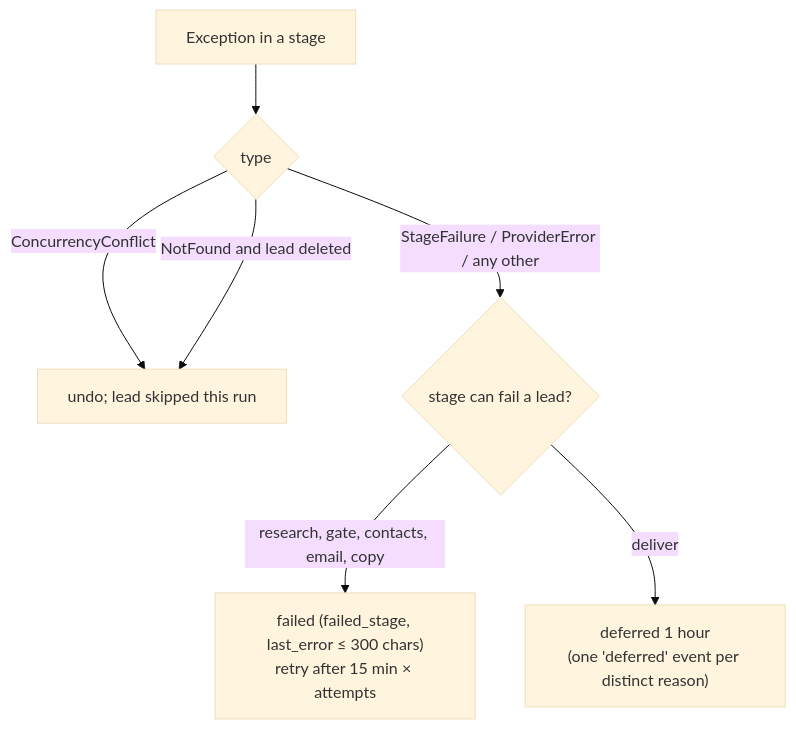
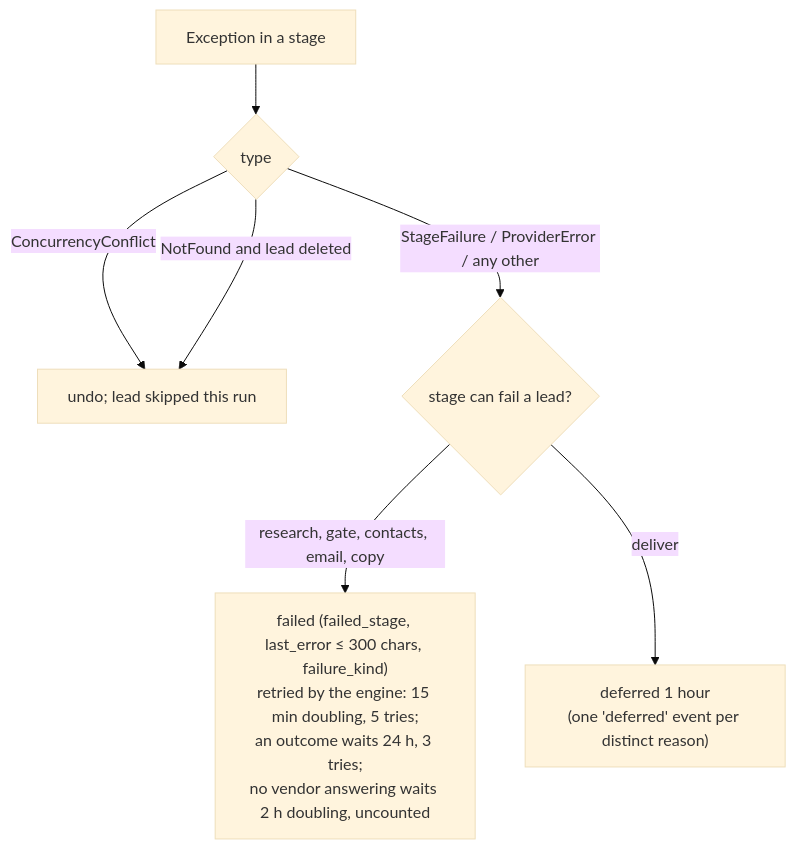
Before and after one commit to rahul-trip/email_campaign: the fourth of 4 diagrams in docs/technical/hld/hld.md, drawn with Mermaid (base theme). The commit also changed other lines of this file and 16 other files, not shown here.

````diff
--- a/docs/technical/hld/hld.md
+++ b/docs/technical/hld/hld.md
@@ -184,9 +187,9 @@
 ```mermaid
 flowchart TD
     E[Exception in a stage] --> T{type}
     T -->|ConcurrencyConflict| SK[undo; lead skipped this run]
     T -->|NotFound and lead deleted| SK
     T -->|StageFailure / ProviderError / any other| F{stage can fail a lead?}
-    F -->|research, gate, contacts, email, copy| FA["failed (failed_stage, last_error ≤ 300 chars)<br/>retry after 15 min × attempts"]
+    F -->|research, gate, contacts, email, copy| FA["failed (failed_stage, last_error ≤ 300 chars, failure_kind)<br/>retried by the engine: 15 min doubling, 5 tries;<br/>an outcome waits 24 h, 3 tries;<br/>no vendor answering waits 2 h doubling, uncounted"]
     F -->|deliver| DF["deferred 1 hour<br/>(one 'deferred' event per distinct reason)"]
 ```
````
